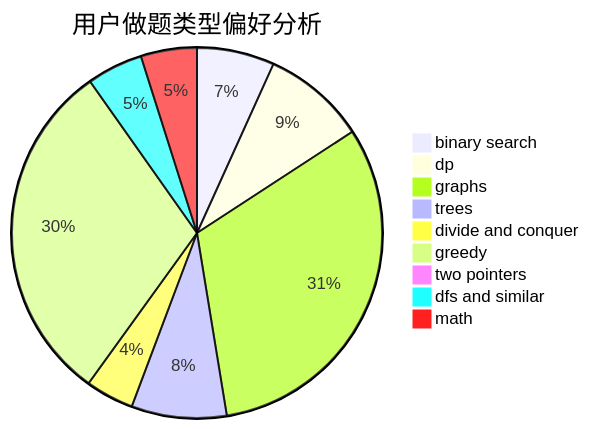
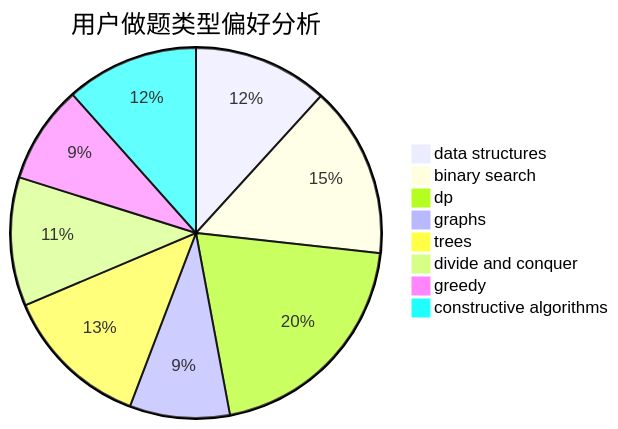
The second of 3 diagrams in docs/user/u1177.md (sherpahu/cfrs.github.io), drawn with Mermaid before and after one commit. The commit also changed other lines of this file and 2775 other files, not shown here.

````diff
--- a/docs/user/u1177.md
+++ b/docs/user/u1177.md
@@ -23,12 +23,11 @@
 ```mermaid
 pie title 用户做题类型偏好分析
-    "binary search" :  101
-    "dp" :  135
-    "graphs" :  472
-    "trees" :  124
+    "data structures" :  66
+    "binary search" :  84
+    "dp" :  114
+    "graphs" :  49
+    "trees" :  72
     "divide and conquer" :  63
-    "greedy" :  452
-    "two pointers" :  15
-    "dfs and similar" :  73
-    "math" :  73
+    "greedy" :  48
+    "constructive algorithms" :  65
 ```
````
